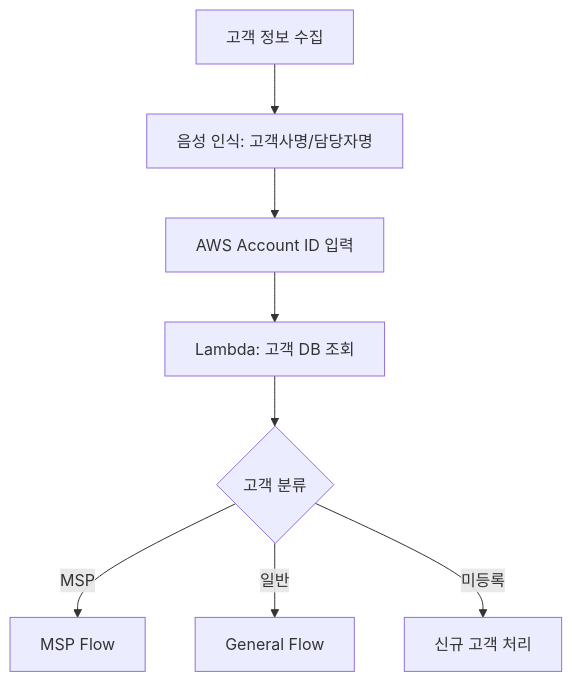
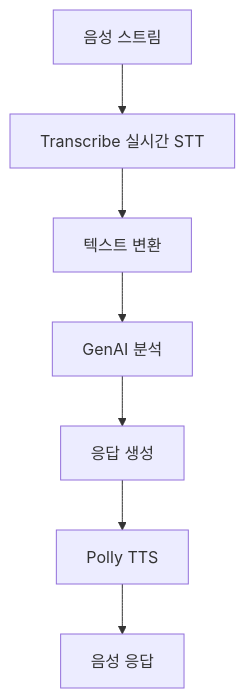
Before and after one commit to HaeDalWang/aicc-terraform: the second of 2 diagrams in .kiro/specs/saltware-ivr-system/design.md, drawn with Mermaid. The commit also changed other lines of this file and 10 other files, not shown here.

````diff
--- a/.kiro/specs/saltware-ivr-system/design.md
+++ b/.kiro/specs/saltware-ivr-system/design.md
@@ -53,10 +58,9 @@
 ```mermaid
 graph TD
-    A[고객 정보 수집] --> B[음성 인식: 고객사명/담당자명]
-    B --> C[AWS Account ID 입력]
-    C --> D[Lambda: 고객 DB 조회]
-    D --> E{고객 분류}
-    E -->|MSP| F[MSP Flow]
-    E -->|일반| G[General Flow]
-    E -->|미등록| H[신규 고객 처리]
+    A[음성 스트림] --> B[Transcribe 실시간 STT]
+    B --> C[텍스트 변환]
+    C --> D[GenAI 분석]
+    D --> E[응답 생성]
+    E --> F[Polly TTS]
+    F --> G[음성 응답]
 ```
````
